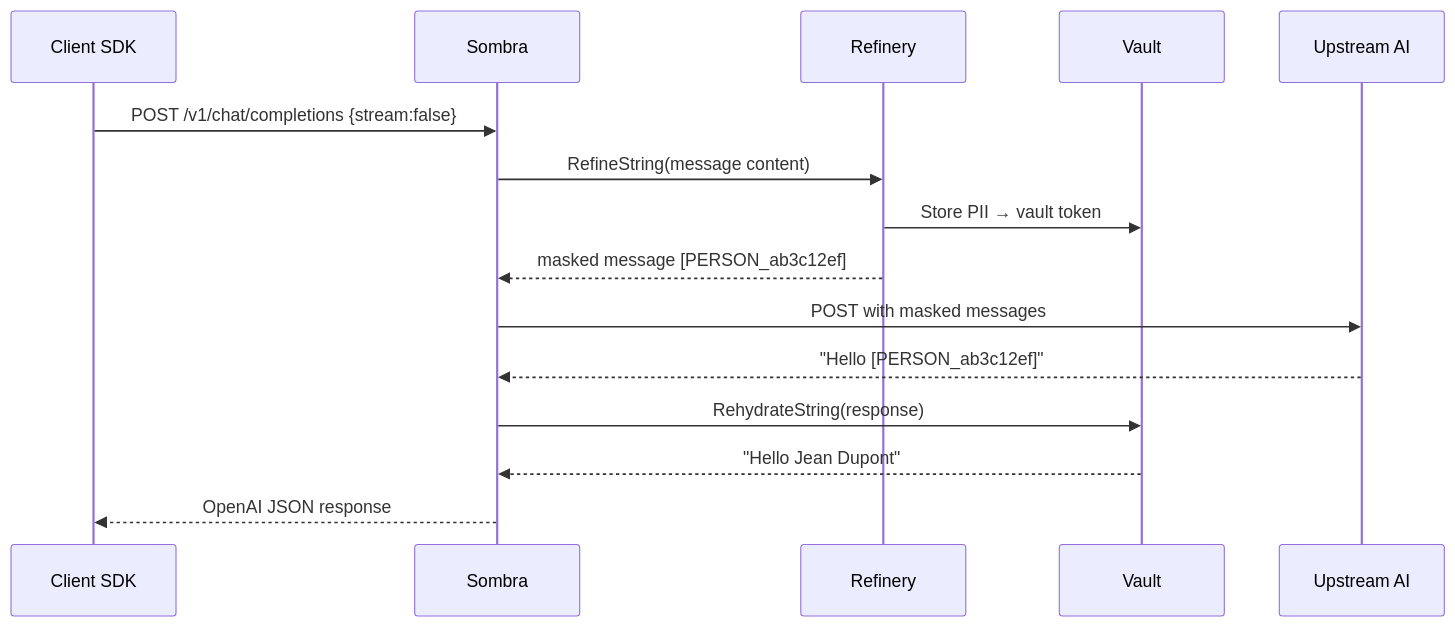
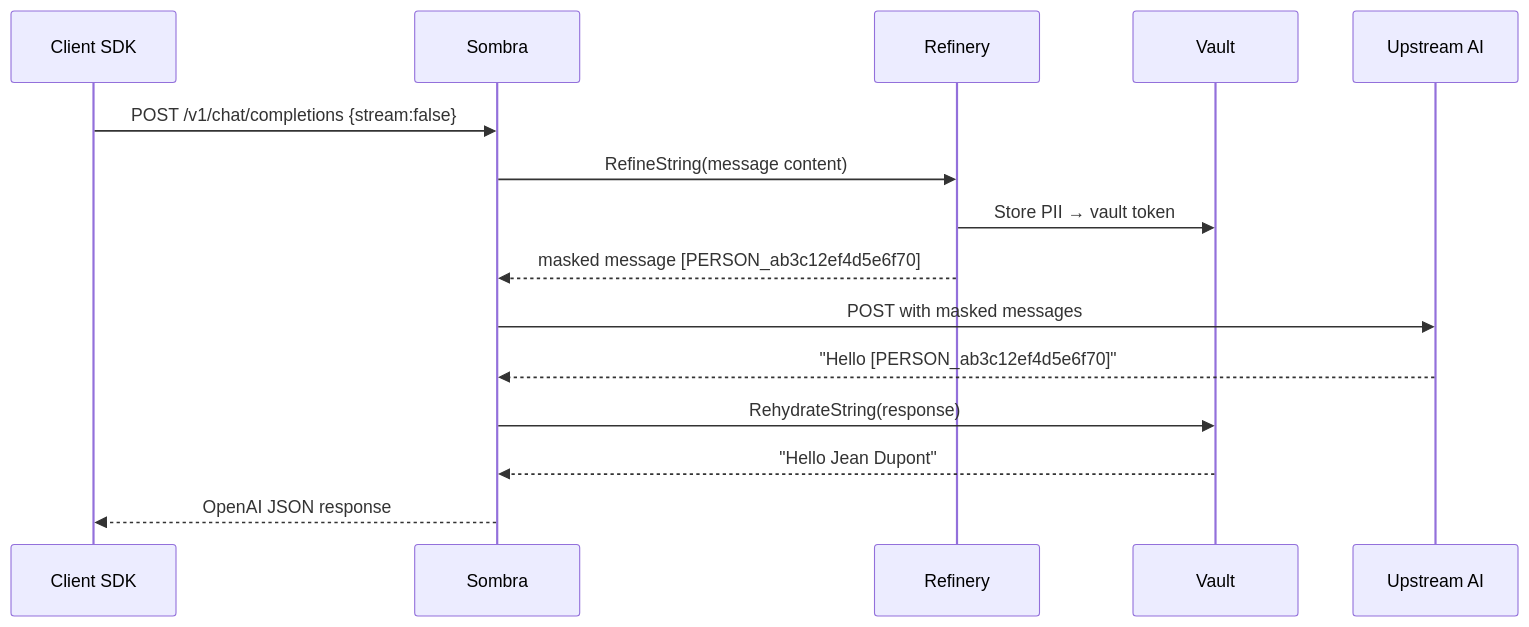
The first of 2 diagrams in docs/guides/architecture/sombra.md (ocultar-dev/ocultar), drawn with Mermaid before and after one commit. The commit also changed 24 other files, not shown here.

````diff
--- a/docs/guides/architecture/sombra.md
+++ b/docs/guides/architecture/sombra.md
@@ -52,18 +52,18 @@
 ```mermaid
 sequenceDiagram
     participant C as Client SDK
     participant S as Sombra
     participant R as Refinery
     participant V as Vault
     participant A as Upstream AI
 
     C->>S: POST /v1/chat/completions {stream:false}
     S->>R: RefineString(message content)
     R->>V: Store PII → vault token
-    R-->>S: masked message [PERSON_ab3c12ef]
+    R-->>S: masked message [PERSON_ab3c12ef4d5e6f70]
     S->>A: POST with masked messages
-    A-->>S: "Hello [PERSON_ab3c12ef]"
+    A-->>S: "Hello [PERSON_ab3c12ef4d5e6f70]"
     S->>V: RehydrateString(response)
     V-->>S: "Hello Jean Dupont"
     S-->>C: OpenAI JSON response
 ```
````
